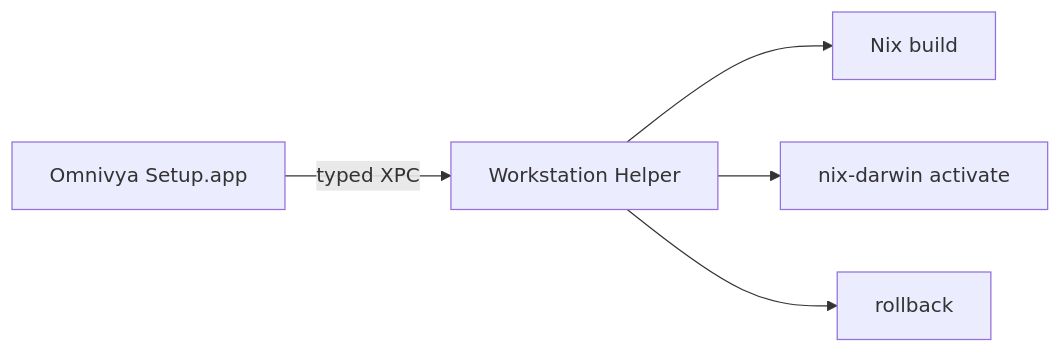
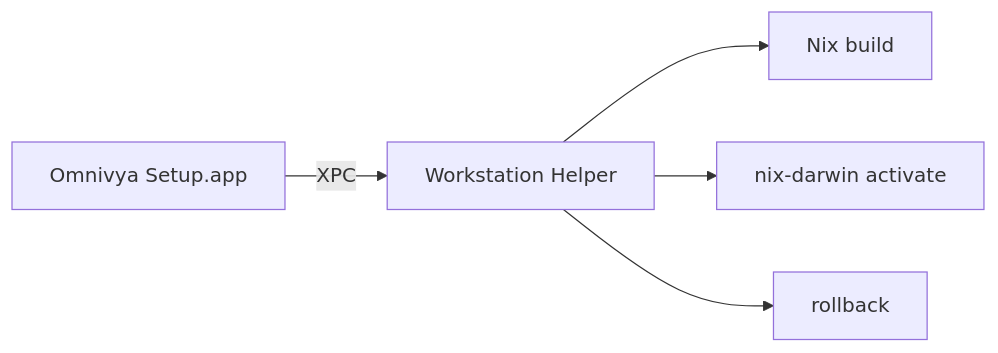
Before and after one commit to EtienneDeneuve/etiennedeneuve.github.io: the diagram in src/content/blog/2026-10-05-pourquoi-app-macos-swiftui-provisioning.md, drawn with Mermaid. The commit also changed other lines of this file, not shown here.

Commit message:
content: rewrite workstation series part 3 in personal voice

```diff
--- a/src/content/blog/2026-10-05-pourquoi-app-macos-swiftui-provisioning.md
+++ b/src/content/blog/2026-10-05-pourquoi-app-macos-swiftui-provisioning.md
@@ -125,7 +80,7 @@
 ~~~mermaid
 flowchart LR
-    A[Omnivya Setup.app] -->|typed XPC| B[Workstation Helper]
+    A[Omnivya Setup.app] -->|XPC| B[Workstation Helper]
     B --> C[Nix build]
     B --> D[nix-darwin activate]
     B --> E[rollback]
 ~~~
```
